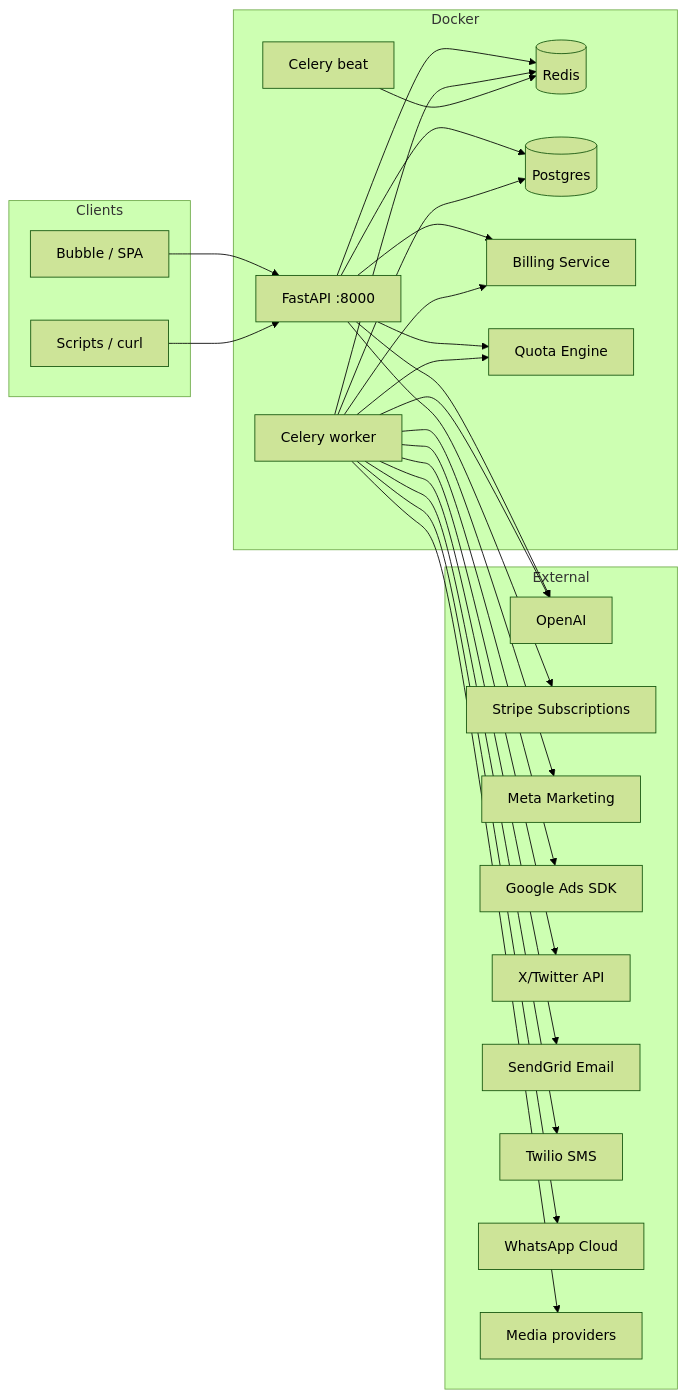
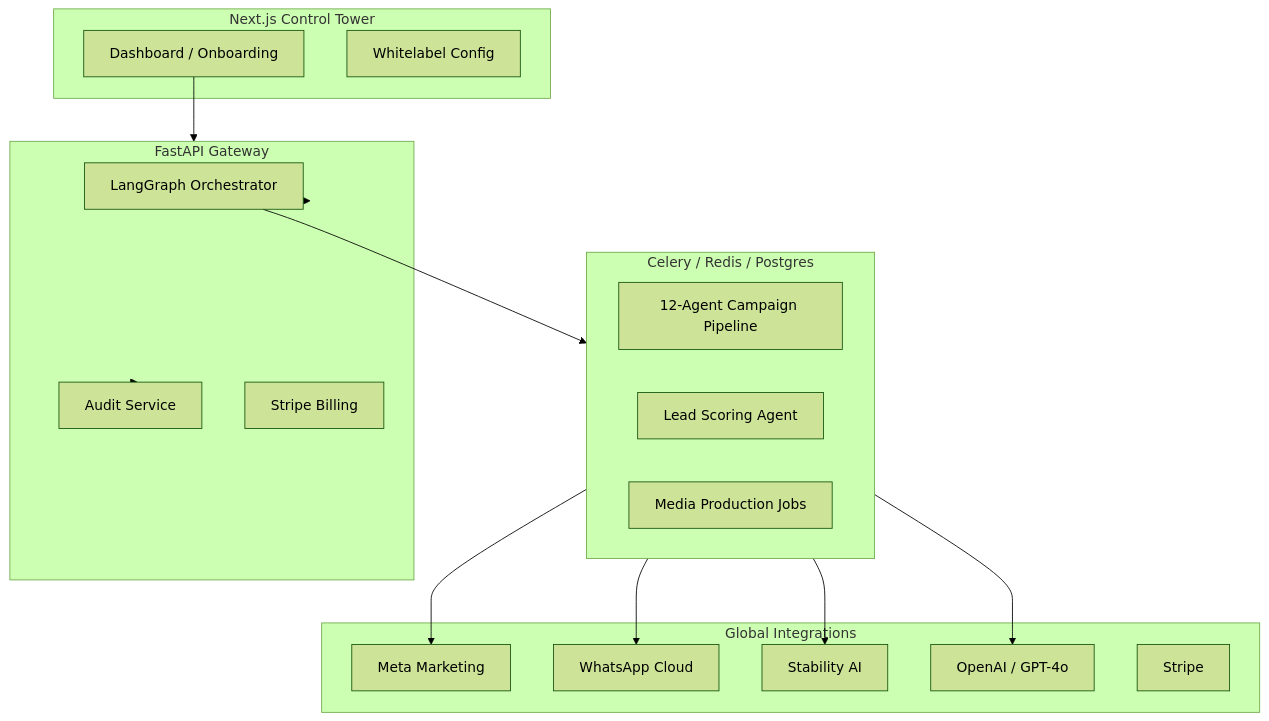
One commit to pranaya-mathur/AIMOS changed the diagram in README.md. Above: the diagram before and after it, drawn with Mermaid (forest theme). The commit also changed other lines of this file, not shown here.

````diff
--- a/README.md
+++ b/README.md
@@ -134,51 +46,36 @@
 ```mermaid
-flowchart LR
-  subgraph Clients
-    B[Bubble / SPA]
-    CLI[Scripts / curl]
+flowchart TD
+  subgraph Frontend [Next.js Control Tower]
+    UI[Dashboard / Onboarding]
+    WL[Whitelabel Config]
   end
 
-  subgraph Docker
-    API[FastAPI :8000]
-    W[Celery worker]
-    BT[Celery beat]
-    R[(Redis)]
-    PG[(Postgres)]
-    S[Billing Service]
-    Q[Quota Engine]
+  subgraph API [FastAPI Gateway]
+    AG[LangGraph Orchestrator]
+    AU[Audit Service]
+    ST[Stripe Billing]
   end
 
-  subgraph External
-    OAI[OpenAI]
-    ST[Stripe Subscriptions]
-    META[Meta Marketing]
-    GADS[Google Ads SDK]
-    X[X/Twitter API]
-    SG[SendGrid Email]
-    TW[Twilio SMS]
-    WA[WhatsApp Cloud]
-    MED[Media providers]
+  subgraph Worker [Celery / Redis / Postgres]
+    CP[12-Agent Campaign Pipeline]
+    LD[Lead Scoring Agent]
+    MED[Media Production Jobs]
   end
 
-  B --> API
-  CLI --> API
-  API --> PG
-  API --> R
-  API --> S
-  API --> Q
-  W --> S
-  W --> Q
-  W --> R
-  W --> PG
-  BT --> R
-  API --> OAI
-  API --> ST
-  W --> OAI
-  W --> META
-  W --> GADS
-  W --> X
-  W --> SG
-  W --> TW
-  W --> WA
-  W --> MED
+  subgraph External [Global Integrations]
+    META[Meta Marketing]
+    WA[WhatsApp Cloud]
+    STAB[Stability AI]
+    OAI[OpenAI / GPT-4o]
+    STR[Stripe]
+  end
+
+  UI --> API
+  API --> AU
+  API --> AG
+  AG --> Worker
+  Worker --> META
+  Worker --> WA
+  Worker --> STAB
+  Worker --> OAI
 ```
````
